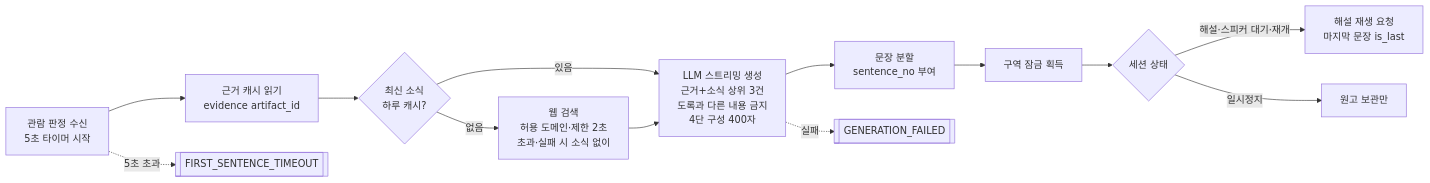
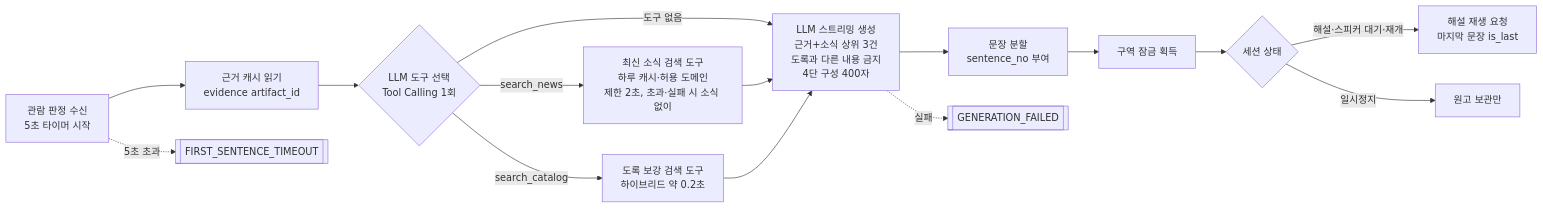
The fourth of 5 diagrams in docs/design/langgraph_state_diagram.md (selkis4u/smart-museum-aiagent), drawn with Mermaid before and after one commit. The commit also changed other lines of this file and 14 other files, not shown here.

````diff
--- a/docs/design/langgraph_state_diagram.md
+++ b/docs/design/langgraph_state_diagram.md
@@ -210,15 +210,17 @@
 ```mermaid
 flowchart LR
     A[관람 판정 수신<br/>5초 타이머 시작] --> B[근거 캐시 읽기<br/>evidence artifact_id]
-    B --> C{최신 소식<br/>하루 캐시?}
-    C -- 있음 --> D
-    C -- 없음 --> W[웹 검색<br/>허용 도메인·제한 2초<br/>초과·실패 시 소식 없이]
-    W --> D[LLM 스트리밍 생성<br/>근거+소식 상위 3건<br/>도록과 다른 내용 금지<br/>4단 구성 400자]
+    B --> T{LLM 도구 선택<br/>Tool Calling 1회}
+    T -- search_news --> W[최신 소식 검색 도구<br/>하루 캐시·허용 도메인<br/>제한 2초, 초과·실패 시 소식 없이]
+    T -- search_catalog --> S[도록 보강 검색 도구<br/>하이브리드 약 0.2초]
+    T -- 도구 없음 --> D
+    W --> D
+    S --> D[LLM 스트리밍 생성<br/>근거+소식 상위 3건<br/>도록과 다른 내용 금지<br/>4단 구성 400자]
     D --> E[문장 분할<br/>sentence_no 부여]
     E --> L[구역 잠금 획득]
     L --> F{세션 상태}
     F -- "해설·스피커 대기·재개" --> G[해설 재생 요청<br/>마지막 문장 is_last]
     F -- 일시정지 --> H[원고 보관만]
     D -. "실패" .-> X[[GENERATION_FAILED]]
     A -. "5초 초과" .-> Y[[FIRST_SENTENCE_TIMEOUT]]
 ```
````
